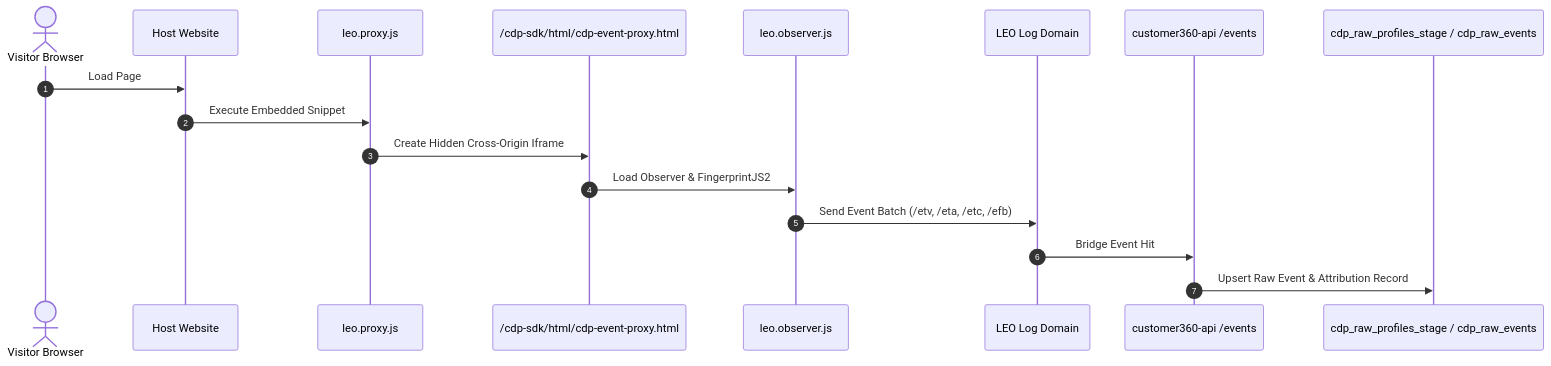
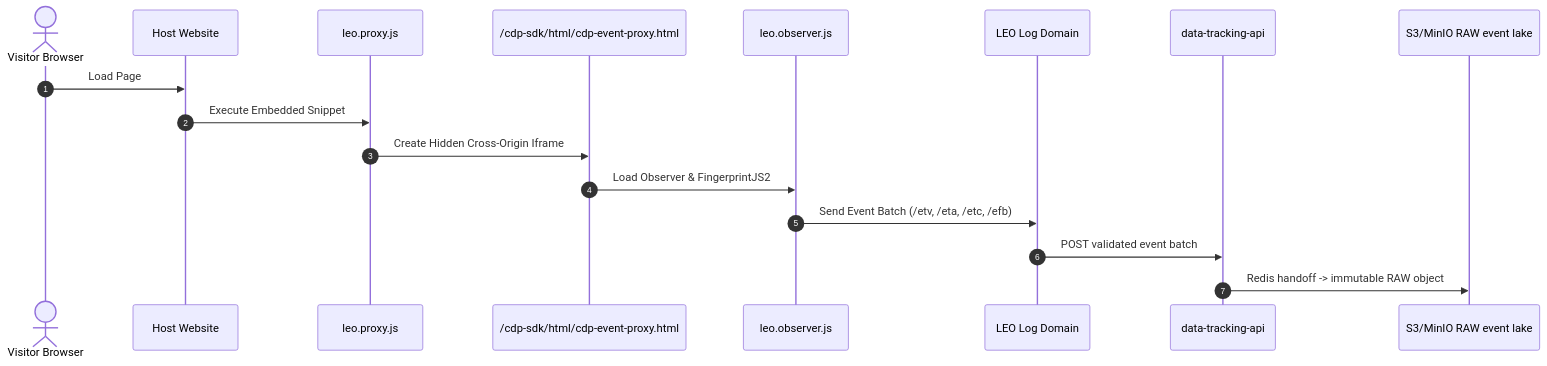
The diagram in docs/data-sources/1-web-sdk-tracking.md (LEO-CDP/leo-customer360), drawn with Mermaid before and after one commit. The commit also changed 25 other files, not shown here.

````diff
--- a/docs/data-sources/1-web-sdk-tracking.md
+++ b/docs/data-sources/1-web-sdk-tracking.md
@@ -7,20 +7,20 @@
 ```mermaid
 sequenceDiagram
     autonumber
     actor User as Visitor Browser
     participant Host as Host Website
     participant Proxy as leo.proxy.js
     participant Iframe as /cdp-sdk/html/cdp-event-proxy.html
     participant Observer as leo.observer.js
     participant Log as LEO Log Domain
-    participant API as customer360-api /events
-    participant Staging as cdp_raw_profiles_stage / cdp_raw_events
+    participant API as data-tracking-api
+    participant Staging as S3/MinIO RAW event lake
 
     User->>Host: Load Page
     Host->>Proxy: Execute Embedded Snippet
     Proxy->>Iframe: Create Hidden Cross-Origin Iframe
     Iframe->>Observer: Load Observer & FingerprintJS2
     Observer->>Log: Send Event Batch (/etv, /eta, /etc, /efb)
-    Log->>API: Bridge Event Hit
-    API->>Staging: Upsert Raw Event & Attribution Record
+    Log->>API: POST validated event batch
+    API->>Staging: Redis handoff -> immutable RAW object
 ```
````
